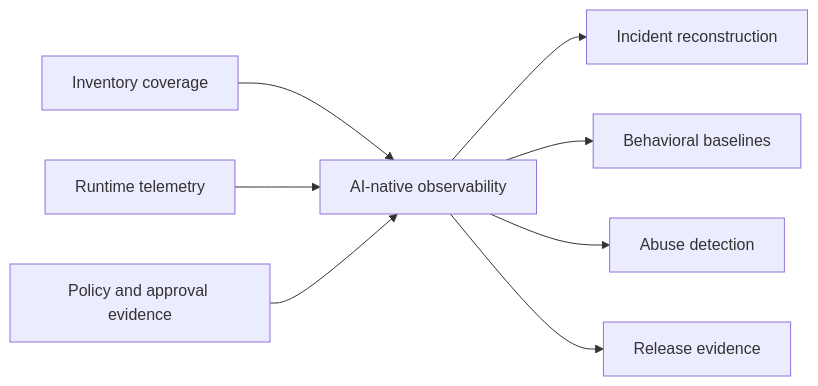
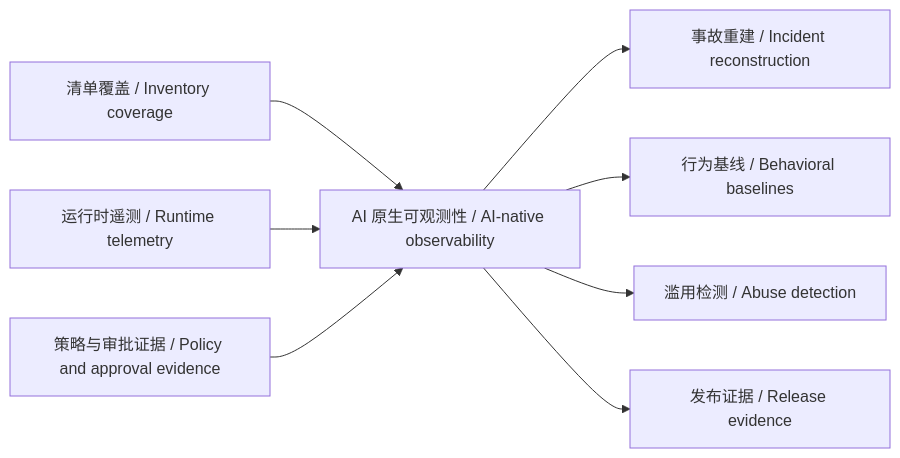
One commit to agent-axiom/agent-arch changed the diagram in docs/book/part-viii/chapter-26.zh.md. Above: the diagram before and after it, drawn with Mermaid. The commit also changed other lines of this file and 1 other file, not shown here.

````diff
--- a/docs/book/part-viii/chapter-26.zh.md
+++ b/docs/book/part-viii/chapter-26.zh.md
@@ -265,10 +265,10 @@
 ``` mermaid
 flowchart LR
-    A["Inventory coverage"] --> D["AI-native observability"]
-    B["Runtime telemetry"] --> D
-    C["Policy and approval evidence"] --> D
-    D --> E["Incident reconstruction"]
-    D --> F["Behavioral baselines"]
-    D --> G["Abuse detection"]
-    D --> H["Release evidence"]
+    A["清单覆盖 / Inventory coverage"] --> D["AI 原生可观测性 / AI-native observability"]
+    B["运行时遥测 / Runtime telemetry"] --> D
+    C["策略与审批证据 / Policy and approval evidence"] --> D
+    D --> E["事故重建 / Incident reconstruction"]
+    D --> F["行为基线 / Behavioral baselines"]
+    D --> G["滥用检测 / Abuse detection"]
+    D --> H["发布证据 / Release evidence"]
 ```
````
